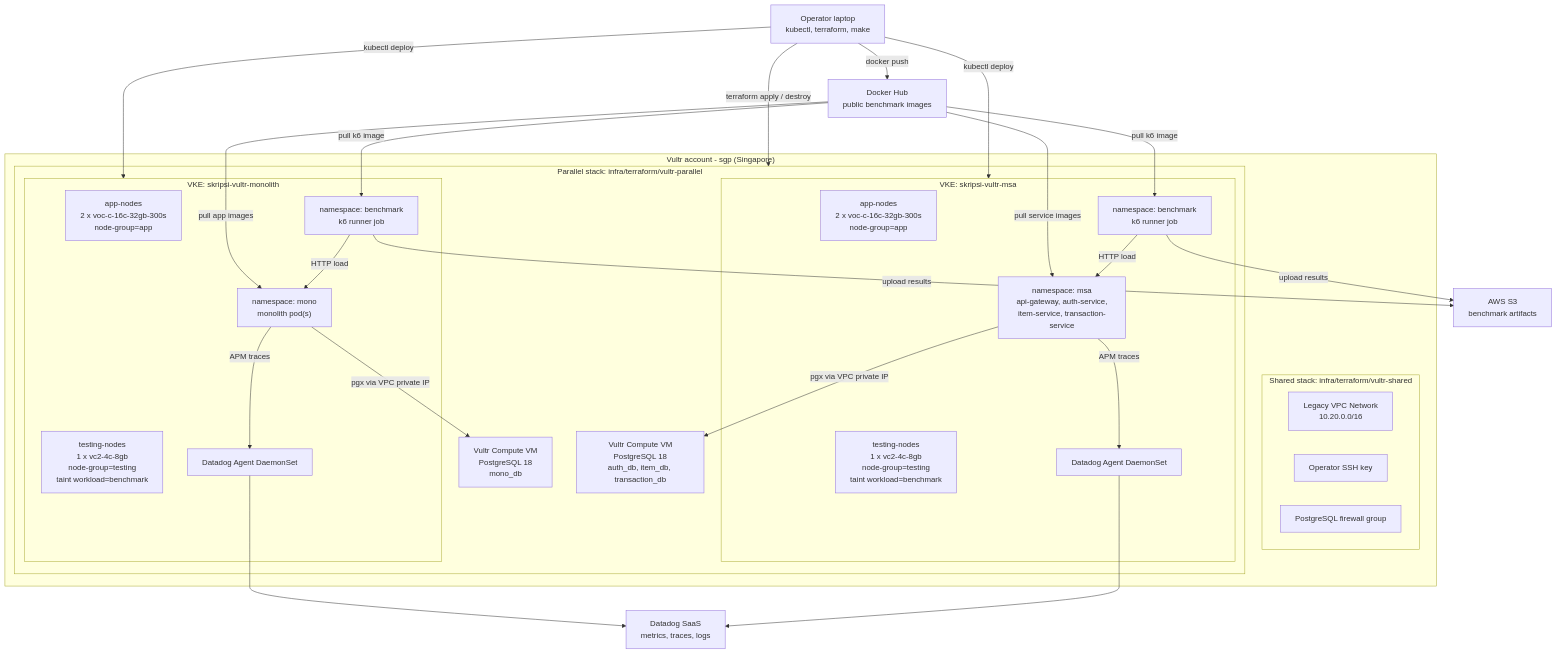
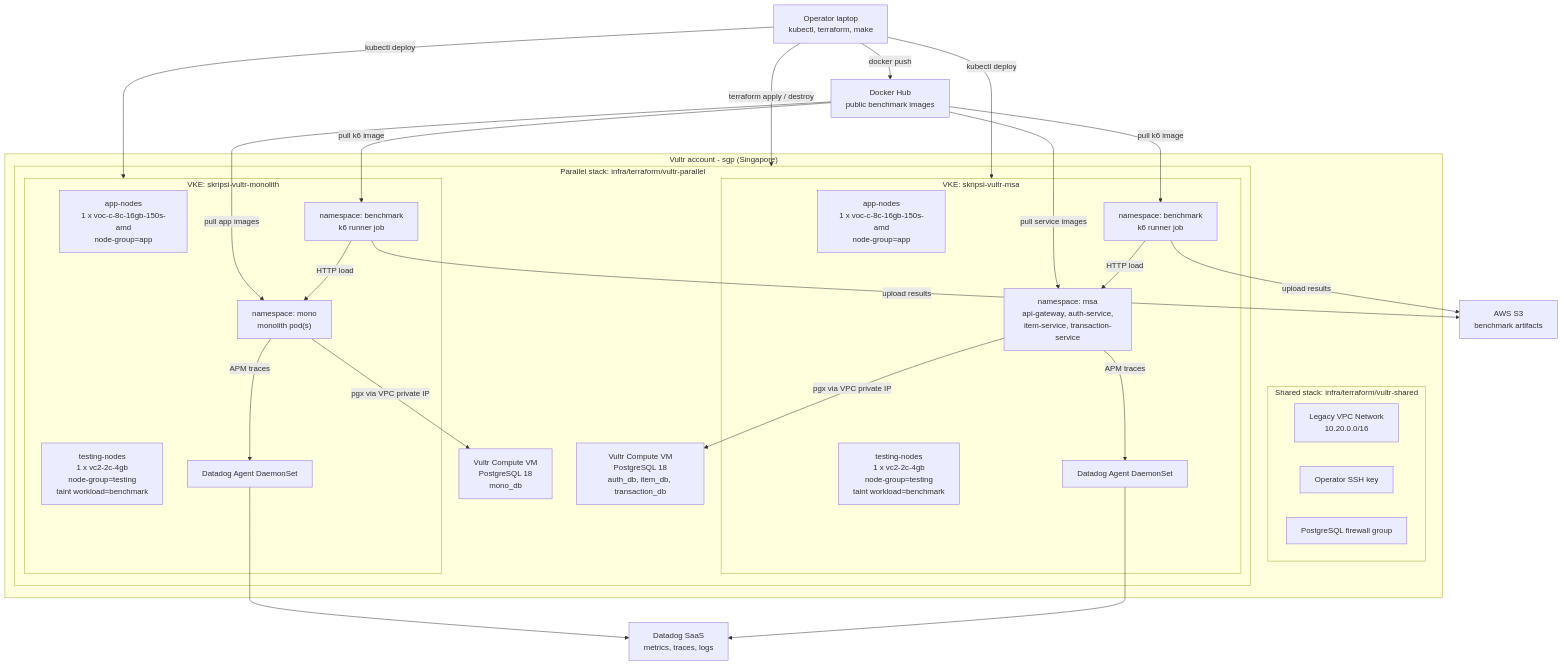
The third of 4 diagrams in docs/diagrams/cloud-architecture.md (Ahmad-mufied/monolith-vs-microservice-thesis), drawn with Mermaid before and after one commit. The commit also changed other lines of this file and 44 other files, not shown here.

````diff
--- a/docs/diagrams/cloud-architecture.md
+++ b/docs/diagrams/cloud-architecture.md
@@ -172,61 +172,61 @@
 ```mermaid
 flowchart TB
   operator["Operator laptop<br/>kubectl, terraform, make"]
   dockerhub["Docker Hub<br/>public benchmark images"]
   datadog["Datadog SaaS<br/>metrics, traces, logs"]
   s3["AWS S3<br/>benchmark artifacts"]
 
   subgraph vultr["Vultr account - sgp (Singapore)"]
     subgraph shared["Shared stack: infra/terraform/vultr-shared"]
       vpc["Legacy VPC Network<br/>10.20.0.0/16"]
       ssh["Operator SSH key"]
       fw["PostgreSQL firewall group"]
     end
 
     subgraph parallel["Parallel stack: infra/terraform/vultr-parallel"]
       subgraph monoCluster["VKE: skripsi-vultr-monolith"]
-        monoAppNodes["app-nodes<br/>2 x voc-c-16c-32gb-300s<br/>node-group=app"]
-        monoTesting["testing-nodes<br/>1 x vc2-4c-8gb<br/>node-group=testing<br/>taint workload=benchmark"]
+        monoAppNodes["app-nodes<br/>1 x voc-c-8c-16gb-150s-amd<br/>node-group=app"]
+        monoTesting["testing-nodes<br/>1 x vc2-2c-4gb<br/>node-group=testing<br/>taint workload=benchmark"]
         monoNs["namespace: mono<br/>monolith pod(s)"]
         monoBench["namespace: benchmark<br/>k6 runner job"]
         monoDD["Datadog Agent DaemonSet"]
       end
 
       monoPg["Vultr Compute VM<br/>PostgreSQL 18<br/>mono_db"]
 
       subgraph msaCluster["VKE: skripsi-vultr-msa"]
-        msaAppNodes["app-nodes<br/>2 x voc-c-16c-32gb-300s<br/>node-group=app"]
-        msaTesting["testing-nodes<br/>1 x vc2-4c-8gb<br/>node-group=testing<br/>taint workload=benchmark"]
+        msaAppNodes["app-nodes<br/>1 x voc-c-8c-16gb-150s-amd<br/>node-group=app"]
+        msaTesting["testing-nodes<br/>1 x vc2-2c-4gb<br/>node-group=testing<br/>taint workload=benchmark"]
         msaNs["namespace: msa<br/>api-gateway, auth-service,<br/>item-service, transaction-service"]
         msaBench["namespace: benchmark<br/>k6 runner job"]
         msaDD["Datadog Agent DaemonSet"]
       end
 
       msaPg["Vultr Compute VM<br/>PostgreSQL 18<br/>auth_db, item_db, transaction_db"]
     end
   end
 
   operator -->|"terraform apply / destroy"| parallel
   operator -->|"docker push"| dockerhub
   operator -->|"kubectl deploy"| monoCluster
   operator -->|"kubectl deploy"| msaCluster
 
   dockerhub -->|"pull app images"| monoNs
   dockerhub -->|"pull service images"| msaNs
   dockerhub -->|"pull k6 image"| monoBench
   dockerhub -->|"pull k6 image"| msaBench
 
   monoNs -->|"pgx via VPC private IP"| monoPg
   msaNs -->|"pgx via VPC private IP"| msaPg
 
   monoBench -->|"HTTP load"| monoNs
   msaBench -->|"HTTP load"| msaNs
 
   monoBench -->|"upload results"| s3
   msaBench -->|"upload results"| s3
 
   monoDD --> datadog
   msaDD --> datadog
   monoNs -->|"APM traces"| monoDD
   msaNs -->|"APM traces"| msaDD
 ```
````
